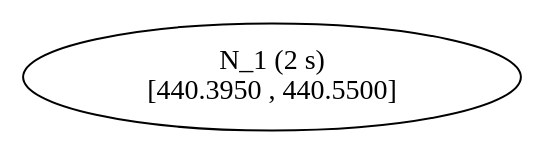
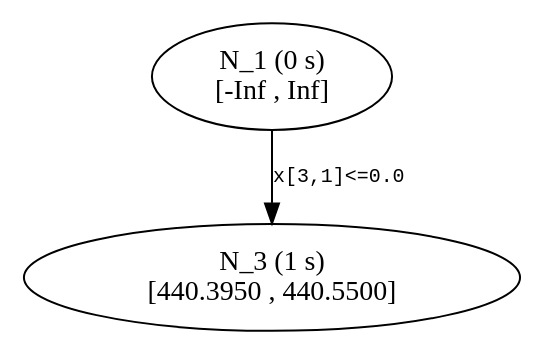
The diagram in dev/start/tree2.dot (atoptima/Coluna.jl), drawn with Graphviz before and after one commit. The commit also changed 22 other files, not shown here.

```diff
--- a/dev/start/tree2.dot
+++ b/dev/start/tree2.dot
@@ -1,6 +1,8 @@
 ## dot -Tpdf thisfile > thisfile.pdf 
 
 digraph Branching_Tree {
 	edge[fontname = "Courier", fontsize = 10];
-	n1 [label= "N_1 (2 s) \n[440.3950 , 440.5500]"];
+	n1 [label= "N_1 (0 s) \n[-Inf , Inf]"];
+	n3 [label= "N_3 (1 s) \n[440.3950 , 440.5500]"];
+	n1 -> n3 [label= "x[3,1]<=0.0"];
 }
```
